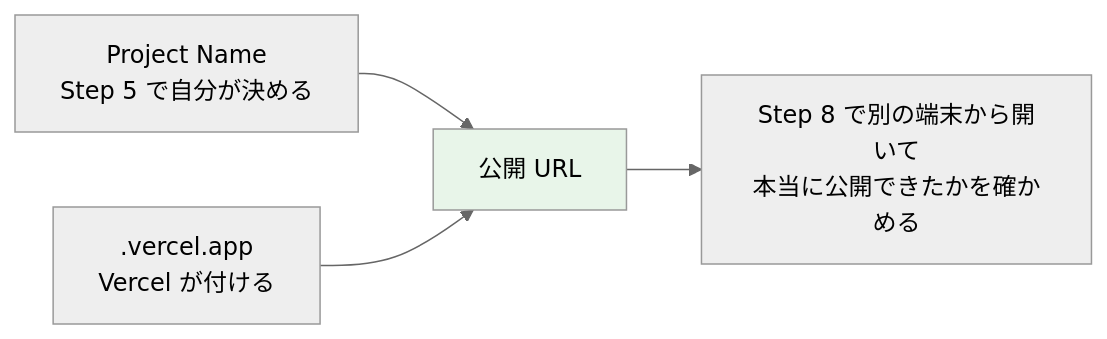
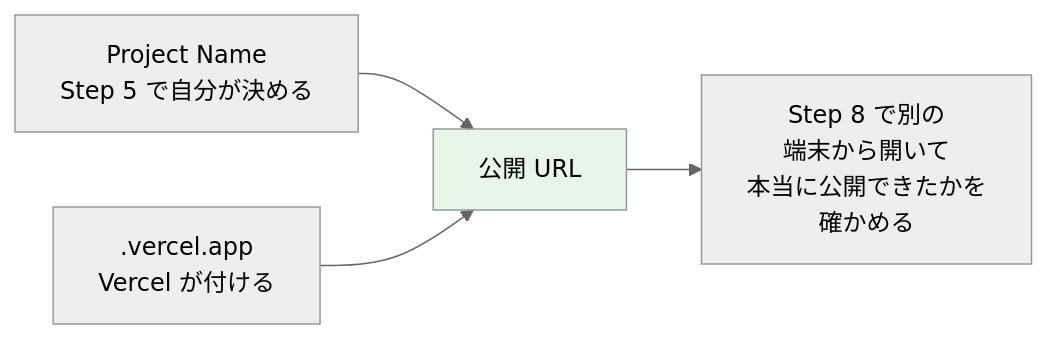
Before and after one commit to kouiso/task-app: the third of 4 diagrams in material/30days-curriculum/day04_ネットに公開.md, drawn with Mermaid (neutral theme). The commit also changed other lines of this file and 24 other files, not shown here.

First line of the commit message:
fix(material): Mermaid 図のファイル名キャプションとノード途中折れを直す (#457) (#718)

````diff
--- a/material/30days-curriculum/day04_ネットに公開.md
+++ b/material/30days-curriculum/day04_ネットに公開.md
@@ -49,8 +49,8 @@
 ```mermaid
 flowchart LR
     A[Project Name<br/>Step 5 で自分が決める] --> C[公開 URL]
     B[.vercel.app<br/>Vercel が付ける] --> C
-    C --> D[Step 8 で別の端末から開いて<br/>本当に公開できたかを確かめる]
+    C --> D[Step 8 で別の<br/>端末から開いて<br/>本当に公開できたかを<br/>確かめる]
 
     style C fill:#e8f5e9
 ```
````
